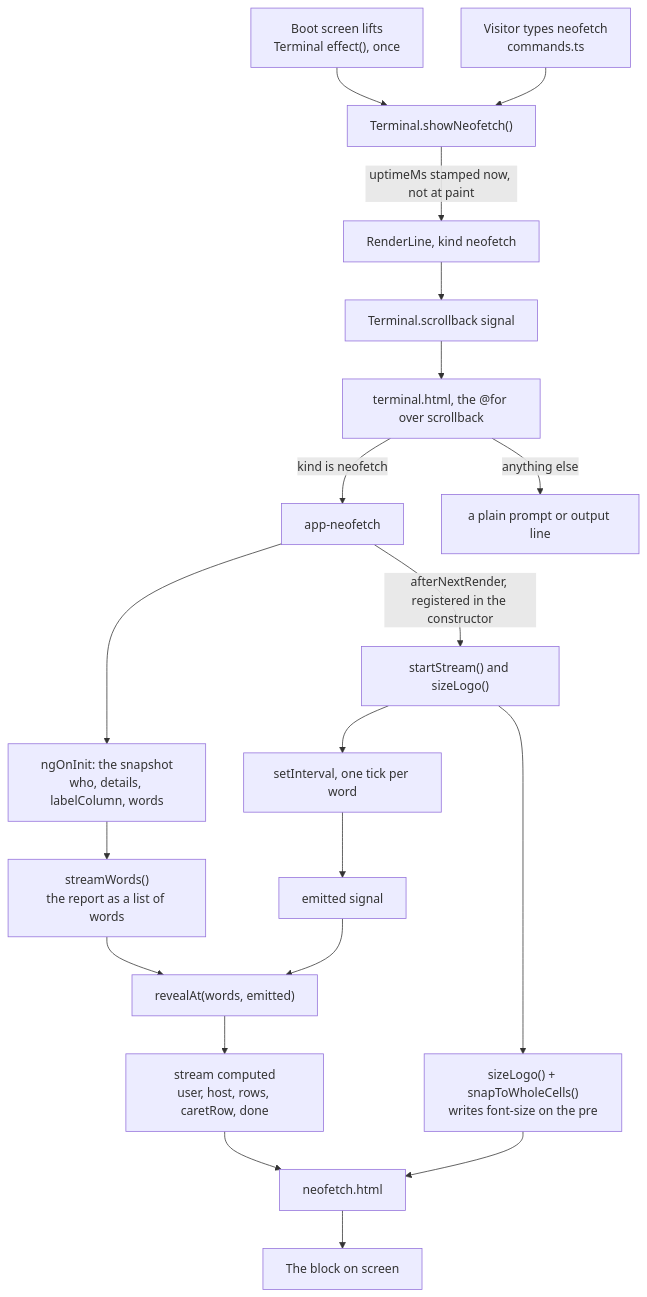
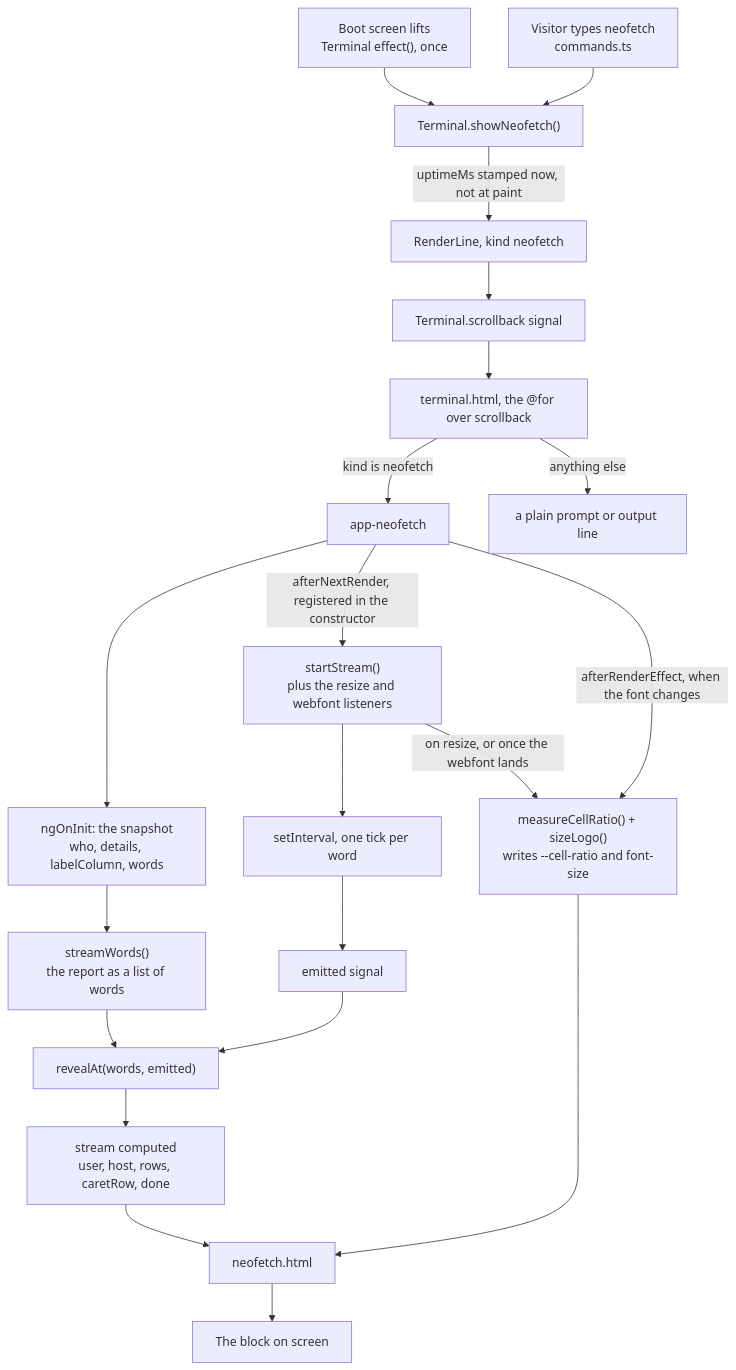
Before and after one commit to mjerta/mpdev-terminal-frontend: the first of 2 diagrams in docs/neofetch.md, drawn with Mermaid. The commit also changed other lines of this file and 13 other files, not shown here.

````diff
--- a/docs/neofetch.md
+++ b/docs/neofetch.md
@@ -12,30 +12,31 @@
 ```mermaid
 flowchart TD
   BOOT["Boot screen lifts<br/>Terminal effect(), once"]
   CMD["Visitor types neofetch<br/>commands.ts"]
 
   BOOT --> SHOW["Terminal.showNeofetch()"]
   CMD --> SHOW
 
   SHOW -->|"uptimeMs stamped now, not at paint"| LINE["RenderLine, kind neofetch"]
   LINE --> SB["Terminal.scrollback signal"]
   SB --> LOOP["terminal.html, the @for over scrollback"]
 
   LOOP -->|"kind is neofetch"| COMP["app-neofetch"]
   LOOP -->|"anything else"| PLAIN["a plain prompt or output line"]
 
   COMP --> INIT["ngOnInit: the snapshot<br/>who, details, labelColumn, words"]
   INIT --> PLAN["streamWords()<br/>the report as a list of words"]
-  COMP -->|"afterNextRender, registered in the constructor"| RENDER["startStream() and sizeLogo()"]
+  COMP -->|"afterNextRender, registered in the constructor"| RENDER["startStream()<br/>plus the resize and webfont listeners"]
 
   RENDER --> TIMER["setInterval, one tick per word"]
   TIMER --> EMIT["emitted signal"]
   PLAN --> REVEAL["revealAt(words, emitted)"]
   EMIT --> REVEAL
   REVEAL --> STREAM["stream computed<br/>user, host, rows, caretRow, done"]
 
   STREAM --> TPL["neofetch.html"]
-  RENDER --> SIZE["sizeLogo() + snapToWholeCells()<br/>writes font-size on the pre"]
+  COMP -->|"afterRenderEffect, when the font changes"| SIZE["measureCellRatio() + sizeLogo()<br/>writes --cell-ratio and font-size"]
+  RENDER -->|"on resize, or once the webfont lands"| SIZE
   SIZE --> TPL
   TPL --> OUT["The block on screen"]
 ```
````
